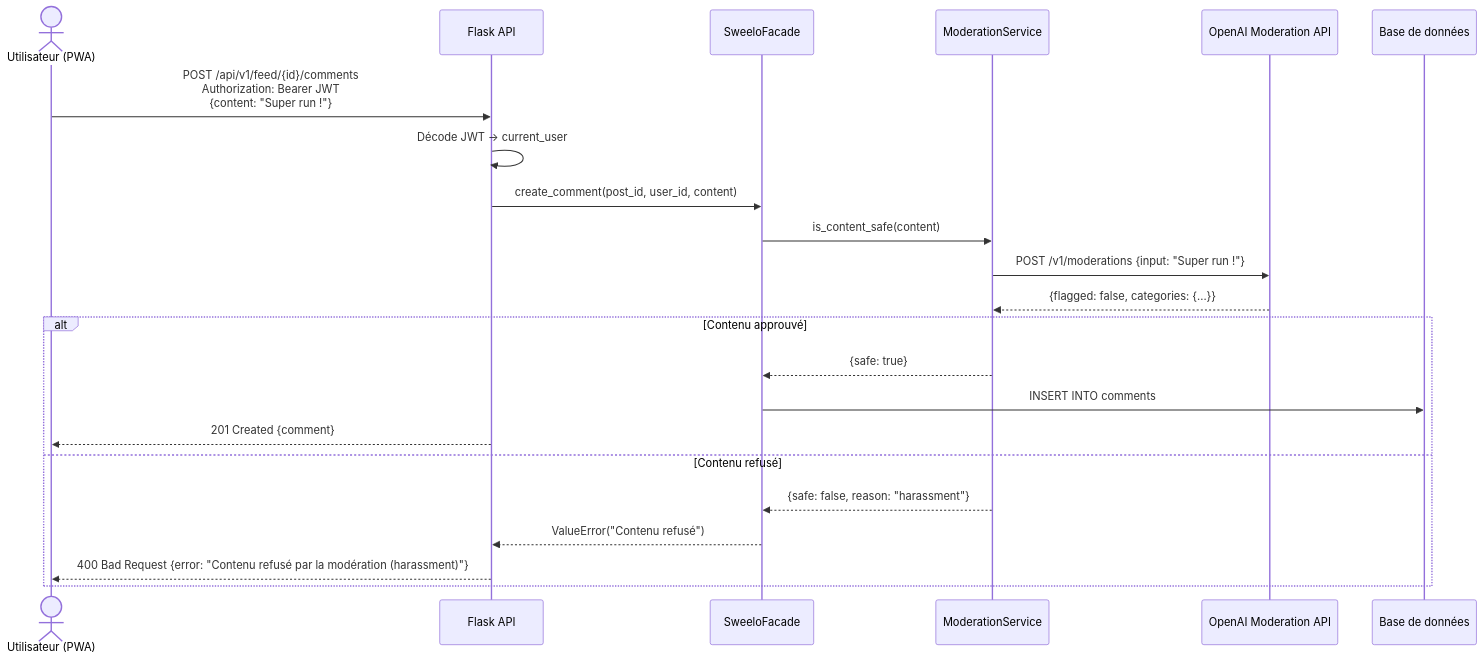
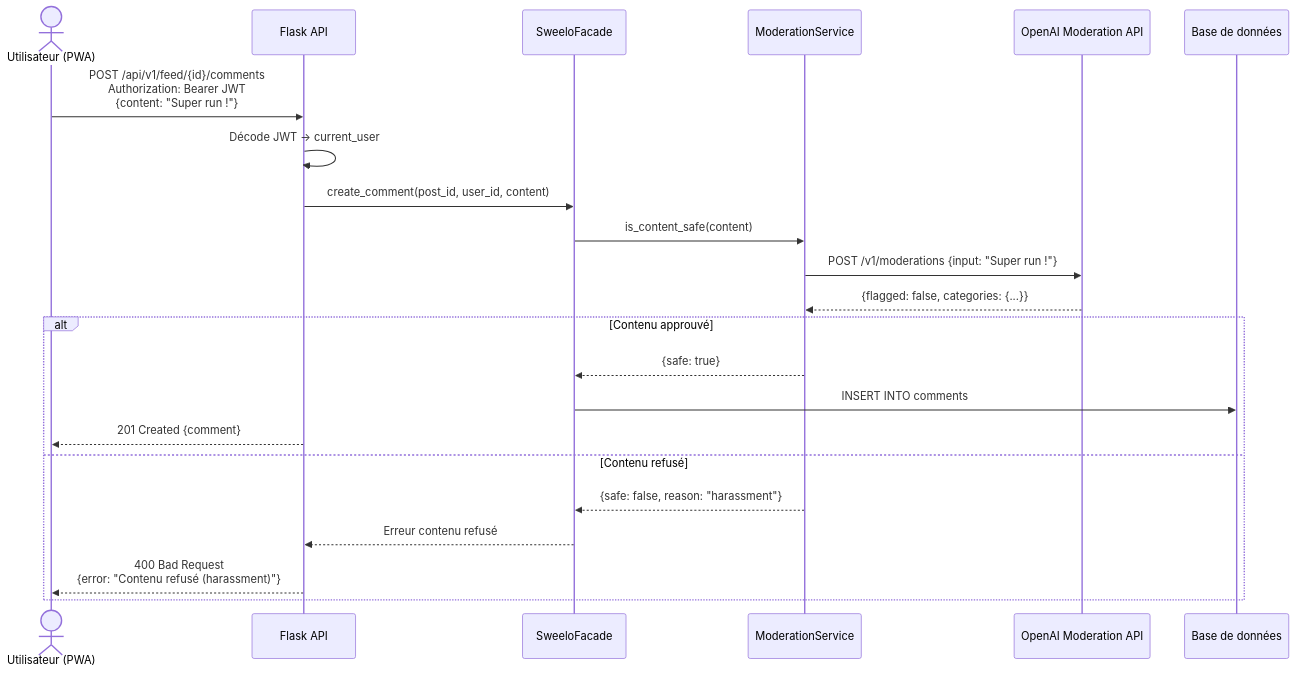
Before and after one commit to arthurmoulard/Sweelo_APP: the eighth of 10 diagrams in README.md, drawn with Mermaid. The commit also changed other lines of this file, not shown here.

Commit message:
docs: enhance README with content moderation details, including OpenAI API integration and user stories

````diff
--- a/README.md
+++ b/README.md
@@ -667,26 +479,26 @@
 ```mermaid
 sequenceDiagram
     actor U as Utilisateur (PWA)
     participant API as Flask API
     participant F as SweeloFacade
     participant MOD as ModerationService
     participant OAI as OpenAI Moderation API
     participant DB as Base de données
 
     U->>API: POST /api/v1/feed/{id}/comments<br/>Authorization: Bearer JWT<br/>{content: "Super run !"}
     API->>API: Décode JWT → current_user
     API->>F: create_comment(post_id, user_id, content)
     F->>MOD: is_content_safe(content)
     MOD->>OAI: POST /v1/moderations {input: "Super run !"}
     OAI-->>MOD: {flagged: false, categories: {...}}
 
     alt Contenu approuvé
         MOD-->>F: {safe: true}
         F->>DB: INSERT INTO comments
         API-->>U: 201 Created {comment}
     else Contenu refusé
         MOD-->>F: {safe: false, reason: "harassment"}
-        F-->>API: ValueError("Contenu refusé")
-        API-->>U: 400 Bad Request {error: "Contenu refusé par la modération (harassment)"}
+        F-->>API: Erreur contenu refusé
+        API-->>U: 400 Bad Request<br/>{error: "Contenu refusé (harassment)"}
     end
 ```
````
